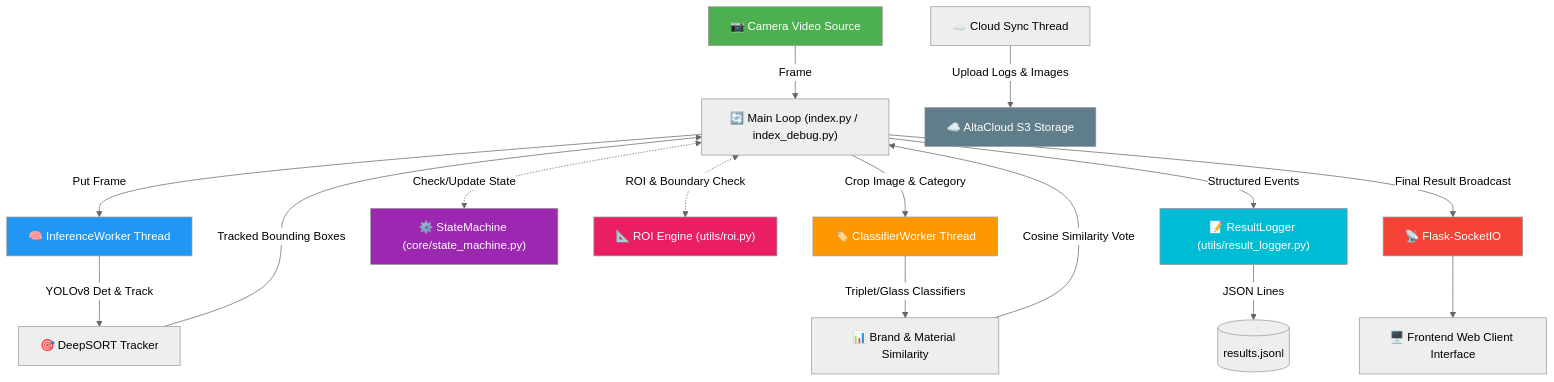
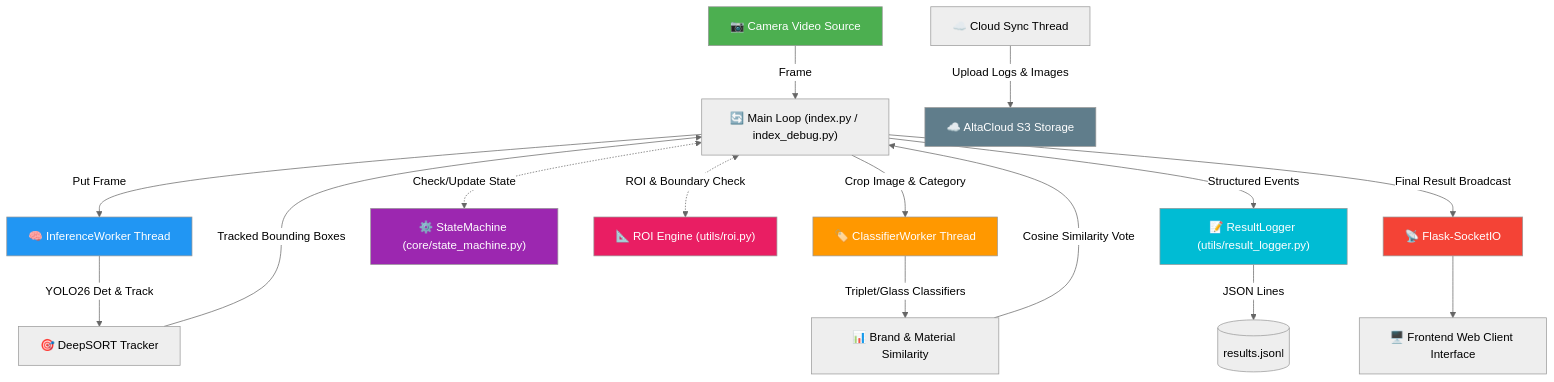
Before and after one commit to QuangTocDo/rvm-vision: the diagram in README.md, drawn with Mermaid (neutral theme).

````diff
--- a/README.md
+++ b/README.md
@@ -13,31 +13,31 @@
 ```mermaid
 graph TD
     A["📷 Camera Video Source"] -->|Frame| B["🔄 Main Loop (index.py / index_debug.py)"]
     B -->|Put Frame| C["🧠 InferenceWorker Thread"]
-    C -->|YOLOv8 Det & Track| D["🎯 DeepSORT Tracker"]
+    C -->|YOLO26 Det & Track| D["🎯 DeepSORT Tracker"]
     D -->|Tracked Bounding Boxes| B
     
     B -->|Crop Image & Category| E["🏷️ ClassifierWorker Thread"]
     E -->|Triplet/Glass Classifiers| F["📊 Brand & Material Similarity"]
     F -->|Cosine Similarity Vote| B
     
     %% Utilities & State management
     B <.->|Check/Update State| G["⚙️ StateMachine (core/state_machine.py)"]
     B <.->|ROI & Boundary Check| H["📐 ROI Engine (utils/roi.py)"]
     B -->|Structured Events| I["📝 ResultLogger (utils/result_logger.py)"]
     I -->|JSON Lines| J[("results.jsonl")]
     
     B -->|Final Result Broadcast| K["📡 Flask-SocketIO"]
     K --> L["🖥️ Frontend Web Client Interface"]
     
     M["☁️ Cloud Sync Thread"] -->|Upload Logs & Images| N["☁️ AltaCloud S3 Storage"]
     
     style A fill:#4CAF50,color:white
     style C fill:#2196F3,color:white
     style E fill:#FF9800,color:white
     style G fill:#9C27B0,color:white
     style H fill:#E91E63,color:white
     style I fill:#00BCD4,color:white
     style K fill:#F44336,color:white
     style N fill:#607D8B,color:white
 ```
````
